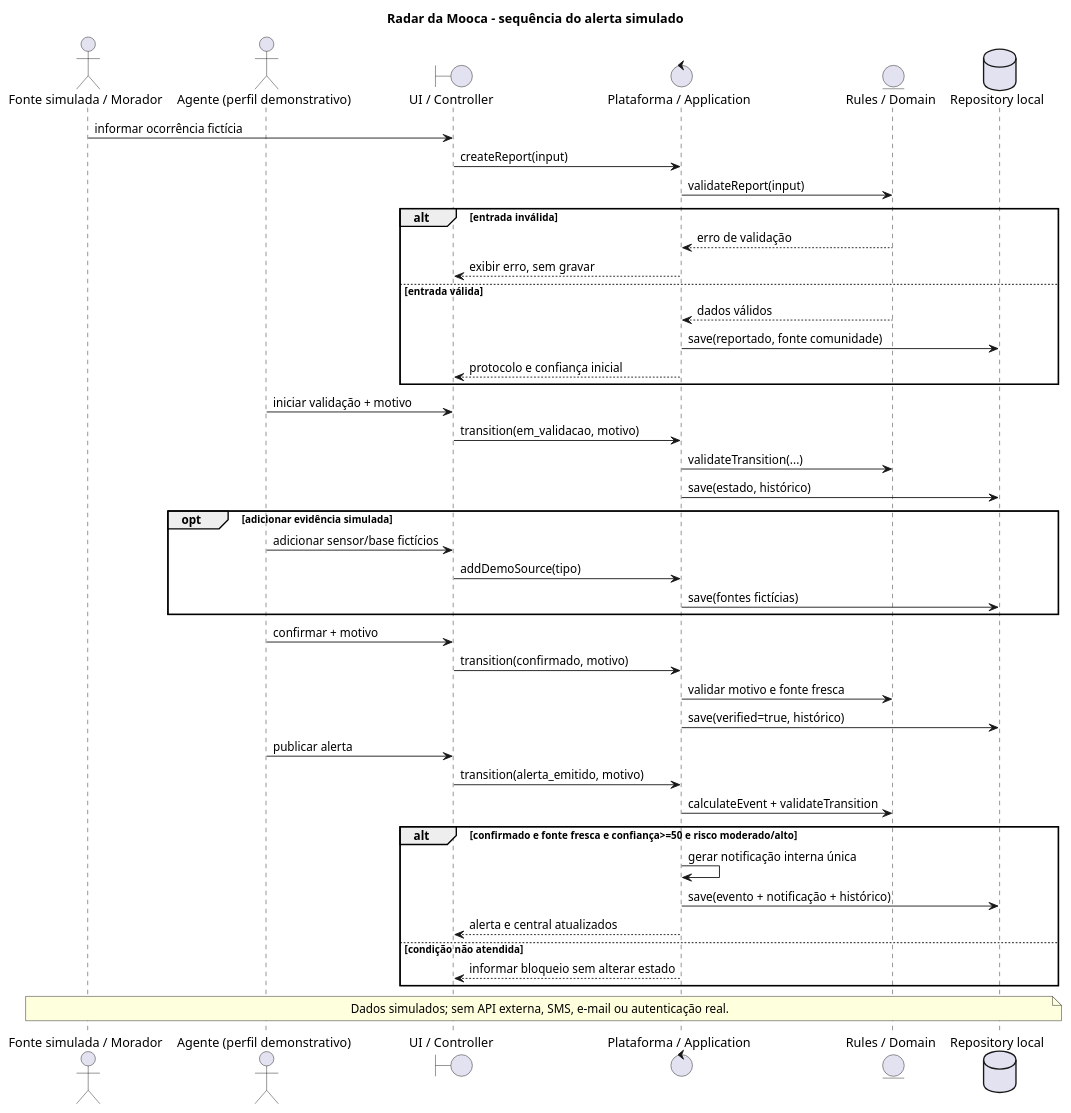
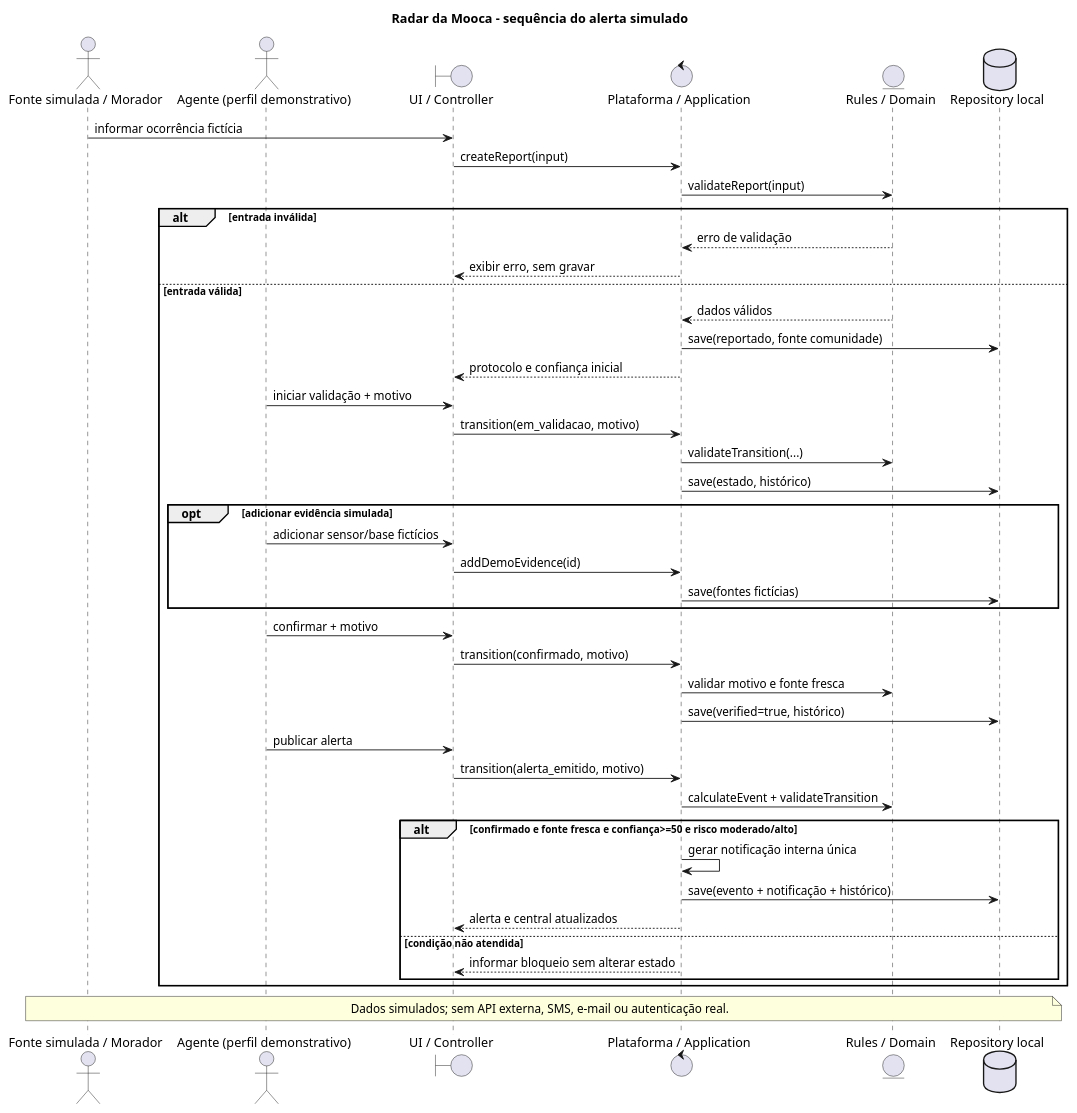
One commit to VitorPDB/GS-eng-software changed the diagram in docs/diagramas/sequencia.puml. Above: the diagram before and after it, drawn with PlantUML. The commit also changed 14 other files, not shown here.

```diff
--- a/docs/diagramas/sequencia.puml
+++ b/docs/diagramas/sequencia.puml
@@ -1,44 +1,44 @@
 @startuml
 title Radar da Mooca - sequência do alerta simulado
 actor "Fonte simulada / Morador" as F
 actor "Agente (perfil demonstrativo)" as G
 boundary "UI / Controller" as UI
 control "Plataforma / Application" as APP
 entity "Rules / Domain" as D
 database "Repository local" as R
 F -> UI: informar ocorrência fictícia
 UI -> APP: createReport(input)
 APP -> D: validateReport(input)
 alt entrada inválida
 D --> APP: erro de validação
 APP --> UI: exibir erro, sem gravar
 else entrada válida
 D --> APP: dados válidos
 APP -> R: save(reportado, fonte comunidade)
 APP --> UI: protocolo e confiança inicial
-end
 G -> UI: iniciar validação + motivo
 UI -> APP: transition(em_validacao, motivo)
 APP -> D: validateTransition(...)
 APP -> R: save(estado, histórico)
 opt adicionar evidência simulada
 G -> UI: adicionar sensor/base fictícios
-UI -> APP: addDemoSource(tipo)
+UI -> APP: addDemoEvidence(id)
 APP -> R: save(fontes fictícias)
 end
 G -> UI: confirmar + motivo
 UI -> APP: transition(confirmado, motivo)
 APP -> D: validar motivo e fonte fresca
 APP -> R: save(verified=true, histórico)
 G -> UI: publicar alerta
 UI -> APP: transition(alerta_emitido, motivo)
 APP -> D: calculateEvent + validateTransition
 alt confirmado e fonte fresca e confiança>=50 e risco moderado/alto
 APP -> APP: gerar notificação interna única
 APP -> R: save(evento + notificação + histórico)
 APP --> UI: alerta e central atualizados
 else condição não atendida
 APP --> UI: informar bloqueio sem alterar estado
 end
+end
 note over F,R: Dados simulados; sem API externa, SMS, e-mail ou autenticação real.
 @enduml
```
